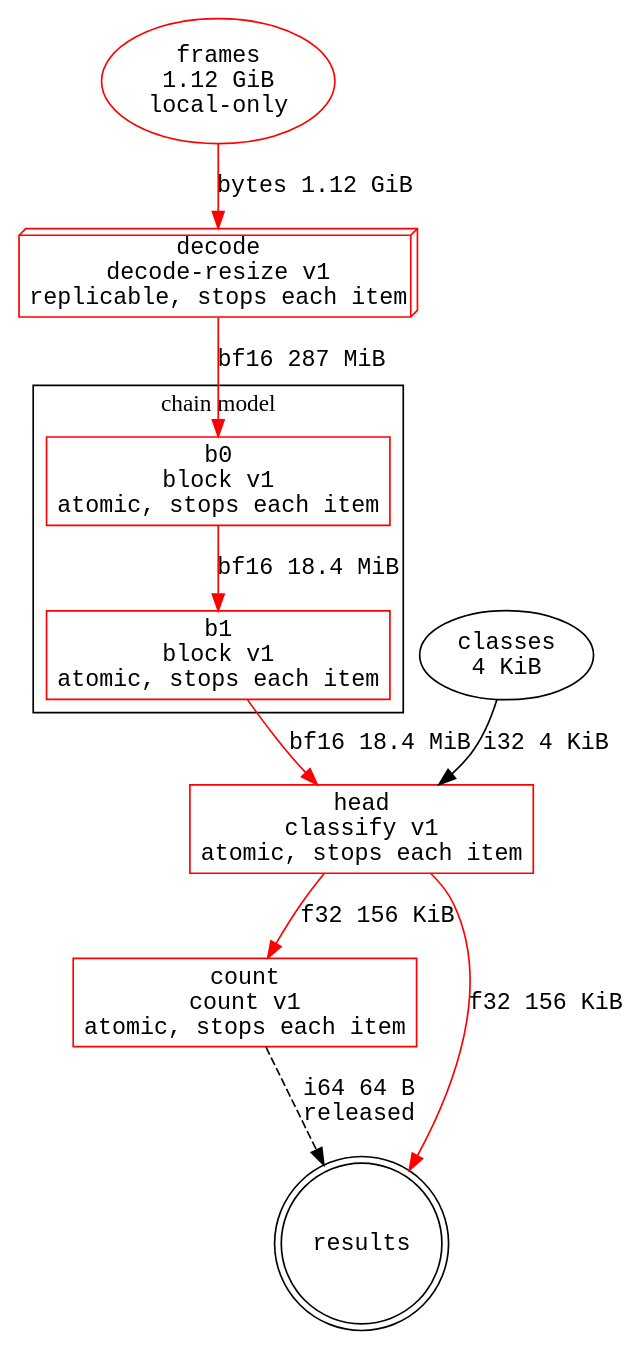
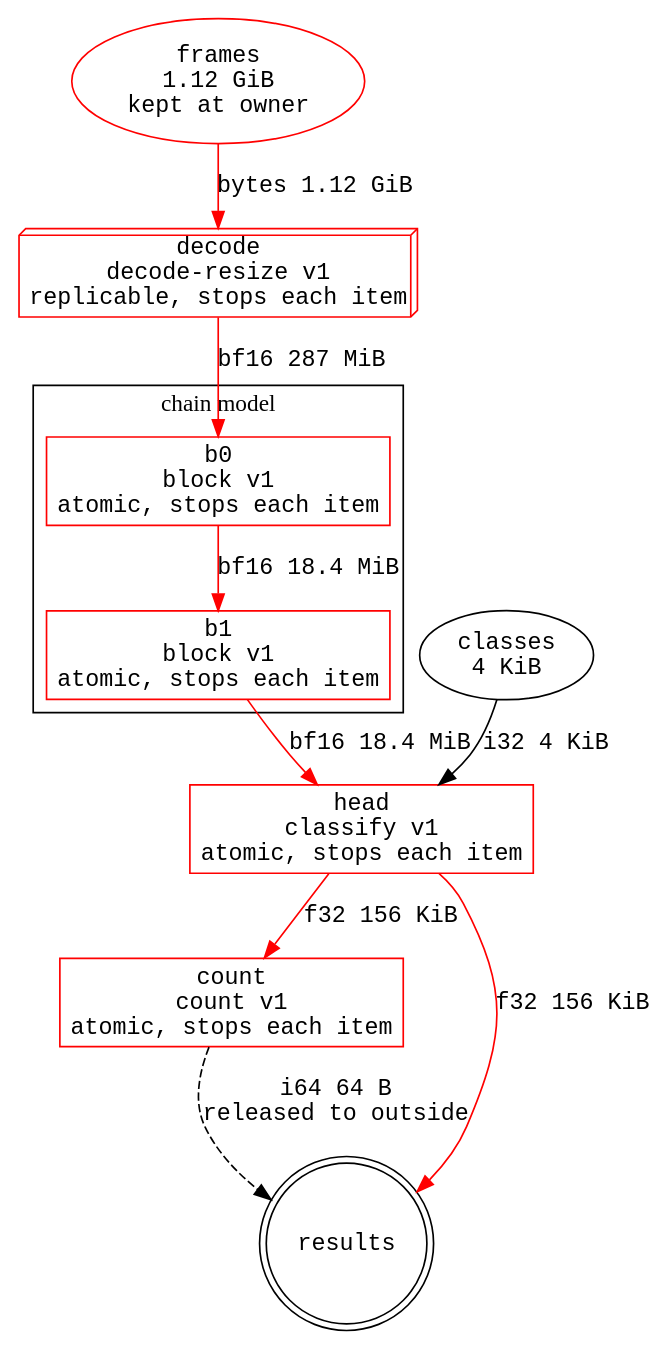
The diagram in crates/mag-by/graphs/example.dot (bayanasar/dashmag), drawn with Graphviz before and after one commit. The commit also changed 50 other files, not shown here.

```diff
--- a/crates/mag-by/graphs/example.dot
+++ b/crates/mag-by/graphs/example.dot
@@ -1,24 +1,24 @@
 digraph "label-frames" {
   rankdir=TB;
   node [fontname="monospace"];
   edge [fontname="monospace"];
-  "frames" [shape=ellipse, label="frames\n1.12 GiB\nlocal-only", color=red];
+  "frames" [shape=ellipse, label="frames\n1.12 GiB\nkept at owner", color=red];
   "classes" [shape=ellipse, label="classes\n4 KiB"];
   "decode" [shape=box3d, label="decode\ndecode-resize v1\nreplicable, stops each item", color=red];
   "head" [shape=box, label="head\nclassify v1\natomic, stops each item", color=red];
   "count" [shape=box, label="count\ncount v1\natomic, stops each item", color=red];
   subgraph "cluster model" {
     label="chain model";
     "b0" [shape=box, label="b0\nblock v1\natomic, stops each item", color=red];
     "b1" [shape=box, label="b1\nblock v1\natomic, stops each item", color=red];
   }
   "job's results" [shape=doublecircle, label="results"];
   "frames" -> "decode" [label="bytes 1.12 GiB", color=red];
   "decode" -> "b0" [label="bf16 287 MiB", color=red];
   "b0" -> "b1" [label="bf16 18.4 MiB", color=red];
   "b1" -> "head" [label="bf16 18.4 MiB", color=red];
   "classes" -> "head" [label="i32 4 KiB"];
   "head" -> "count" [label="f32 156 KiB", color=red];
   "head" -> "job's results" [label="f32 156 KiB", color=red];
-  "count" -> "job's results" [label="i64 64 B\nreleased", style=dashed];
+  "count" -> "job's results" [label="i64 64 B\nreleased to outside", style=dashed];
 }
```
